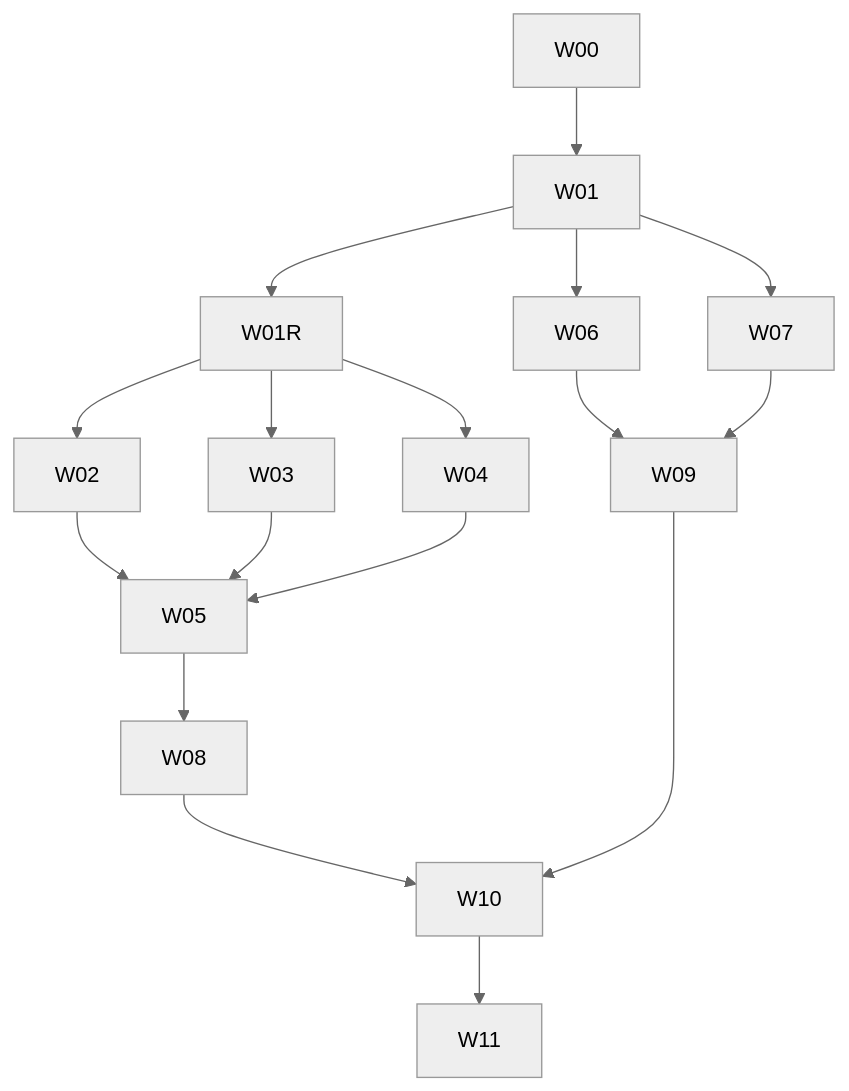
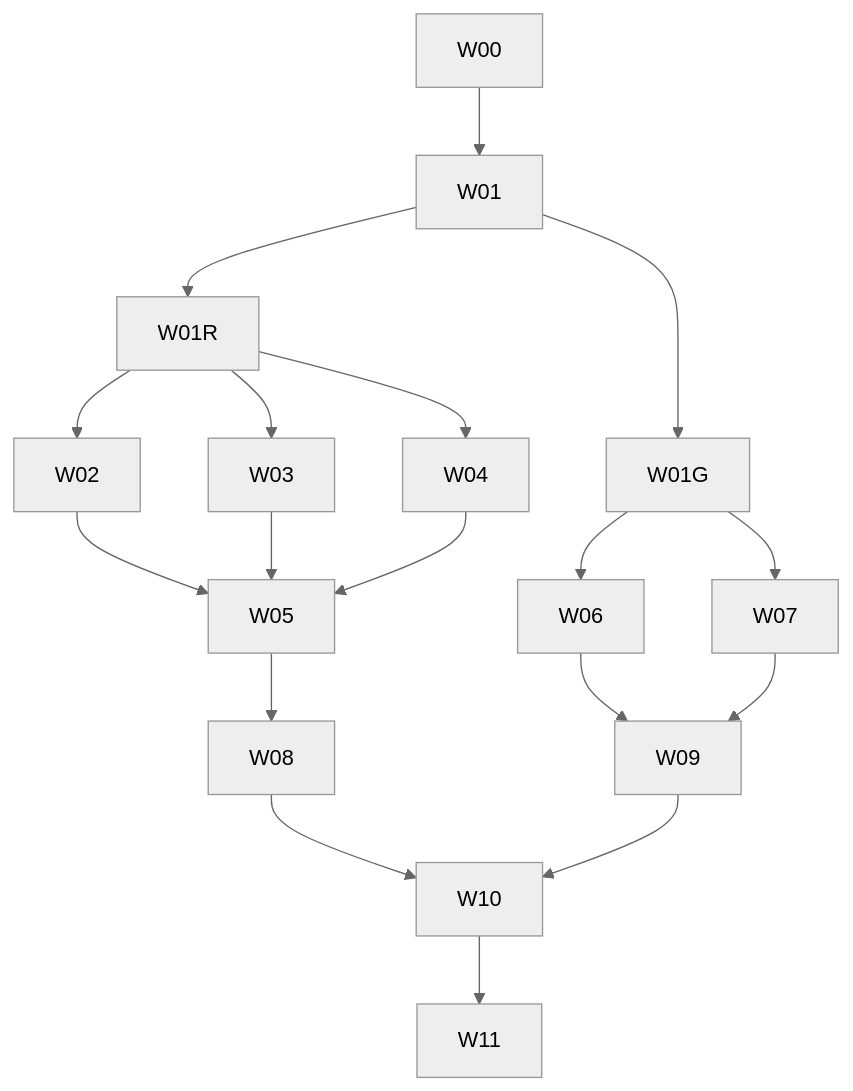
Before and after one commit to jinyongp/openapi-sdkgen: the diagram in plans/sdk-optimization/plan.md, drawn with Mermaid (neutral theme). The commit also changed other lines of this file and 6 other files, not shown here.

````diff
--- a/plans/sdk-optimization/plan.md
+++ b/plans/sdk-optimization/plan.md
@@ -134,19 +138,20 @@
 ```mermaid
 flowchart TD
   W00 --> W01
+  W01 --> W01G
   W01 --> W01R
   W01R --> W02
   W01R --> W03
   W01R --> W04
   W02 --> W05
   W03 --> W05
   W04 --> W05
   W05 --> W08
-  W01 --> W06
-  W01 --> W07
+  W01G --> W06
+  W01G --> W07
   W06 --> W09
   W07 --> W09
   W08 --> W10
   W09 --> W10
   W10 --> W11
 ```
````
